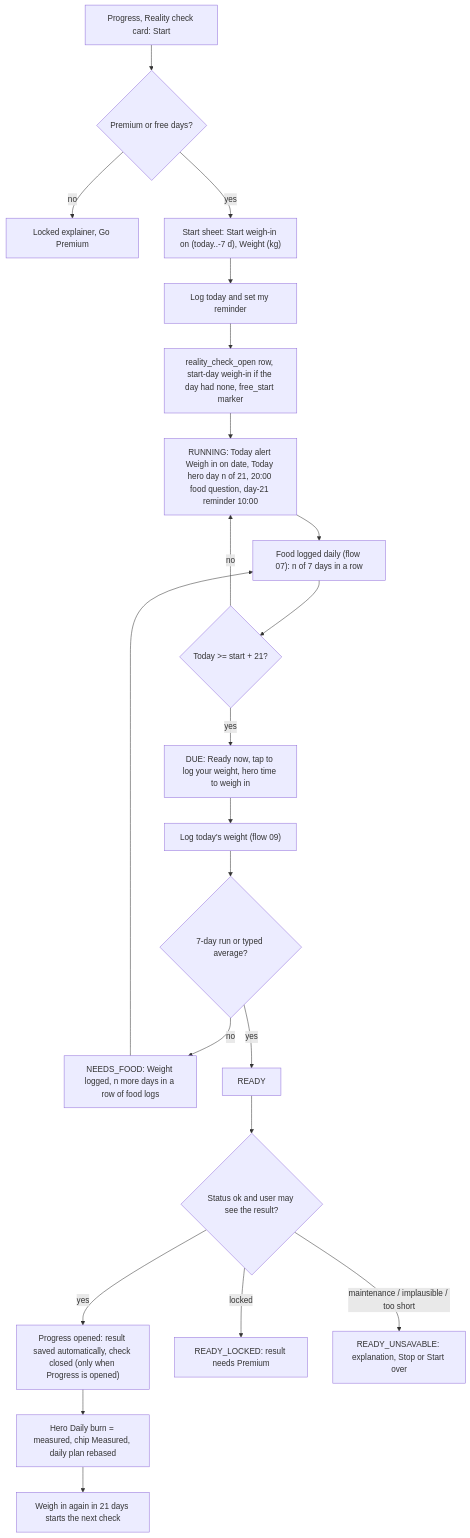
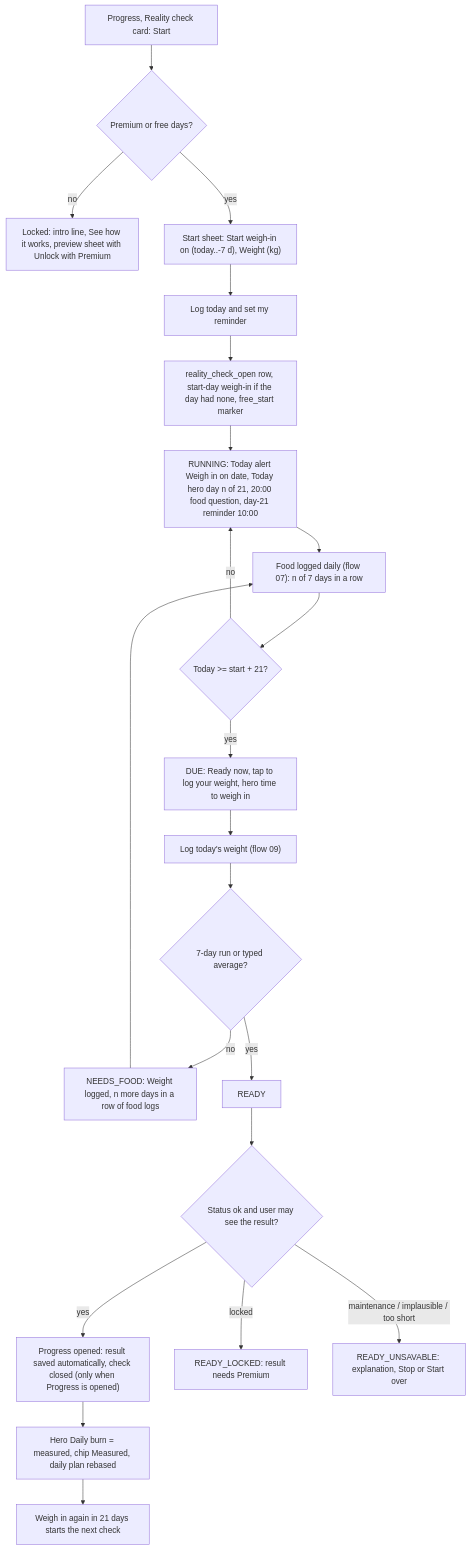
The first of 4 diagrams in docs/product/flows/08-reality-check.md (evandroviskis/dosetrace), drawn with Mermaid before and after one commit. The commit also changed other lines of this file and 26 other files, not shown here.

Commit message:
docs/product: round-2 corrections propagated to PRD (G-1..G-233), TRD + dossiers, flows + Portuguese picture from the final registers; 105 diagrams parse; zero stale ids

````diff
--- a/docs/product/flows/08-reality-check.md
+++ b/docs/product/flows/08-reality-check.md
@@ -51,24 +51,24 @@
 ```mermaid
 flowchart TD
   A["Progress, Reality check card: Start"] --> B{"Premium or free days?"}
-  B -->|no| B2["Locked explainer, Go Premium"]
+  B -->|no| B2["Locked: intro line, See how it works, preview sheet with Unlock with Premium"]
   B -->|yes| C["Start sheet: Start weigh-in on (today..-7 d), Weight (kg)"]
   C --> D["Log today and set my reminder"]
   D --> E["reality_check_open row, start-day weigh-in if the day had none, free_start marker"]
   E --> F["RUNNING: Today alert Weigh in on date, Today hero day n of 21, 20:00 food question, day-21 reminder 10:00"]
   F --> G["Food logged daily (flow 07): n of 7 days in a row"]
   G --> H{"Today >= start + 21?"}
   H -->|no| F
   H -->|yes| I["DUE: Ready now, tap to log your weight, hero time to weigh in"]
   I --> J["Log today's weight (flow 09)"]
   J --> K{"7-day run or typed average?"}
   K -->|no| L["NEEDS_FOOD: Weight logged, n more days in a row of food logs"]
   L --> G
   K -->|yes| M["READY"]
   M --> N{"Status ok and user may see the result?"}
   N -->|yes| O["Progress opened: result saved automatically, check closed (only when Progress is opened)"]
   N -->|locked| P["READY_LOCKED: result needs Premium"]
   N -->|maintenance / implausible / too short| Q["READY_UNSAVABLE: explanation, Stop or Start over"]
   O --> R["Hero Daily burn = measured, chip Measured, daily plan rebased"]
   R --> S["Weigh in again in 21 days starts the next check"]
 ```
````
